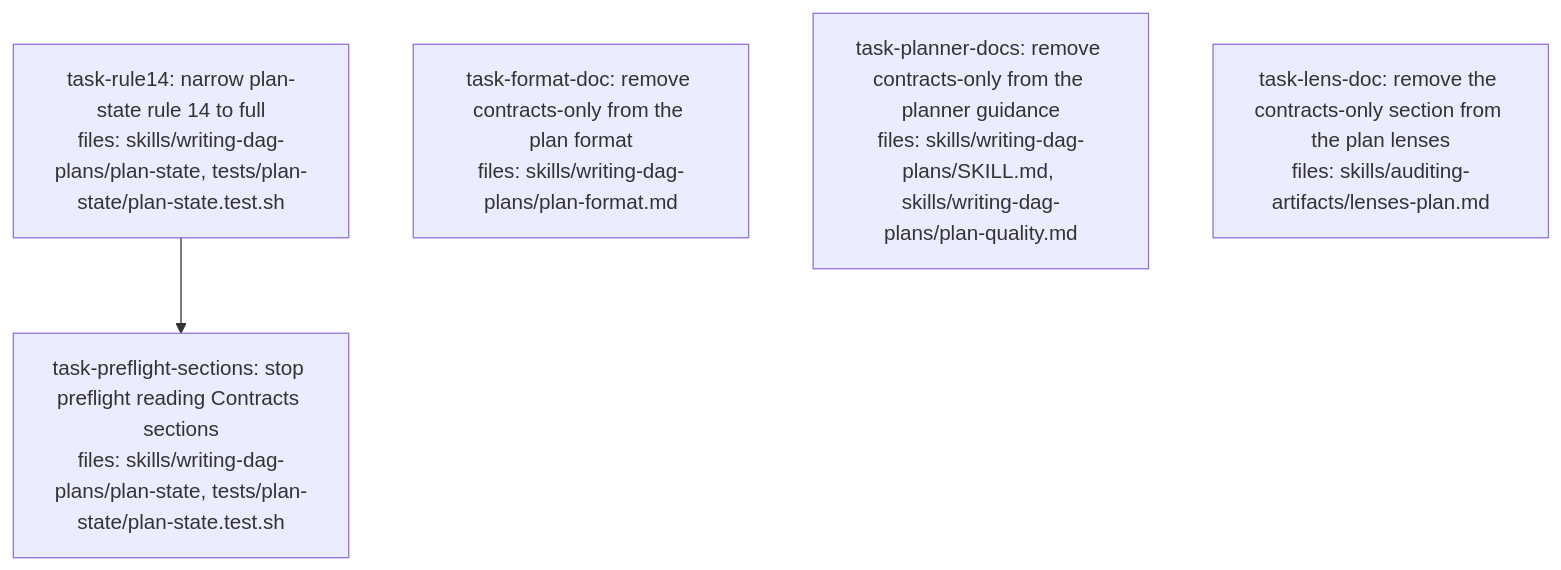
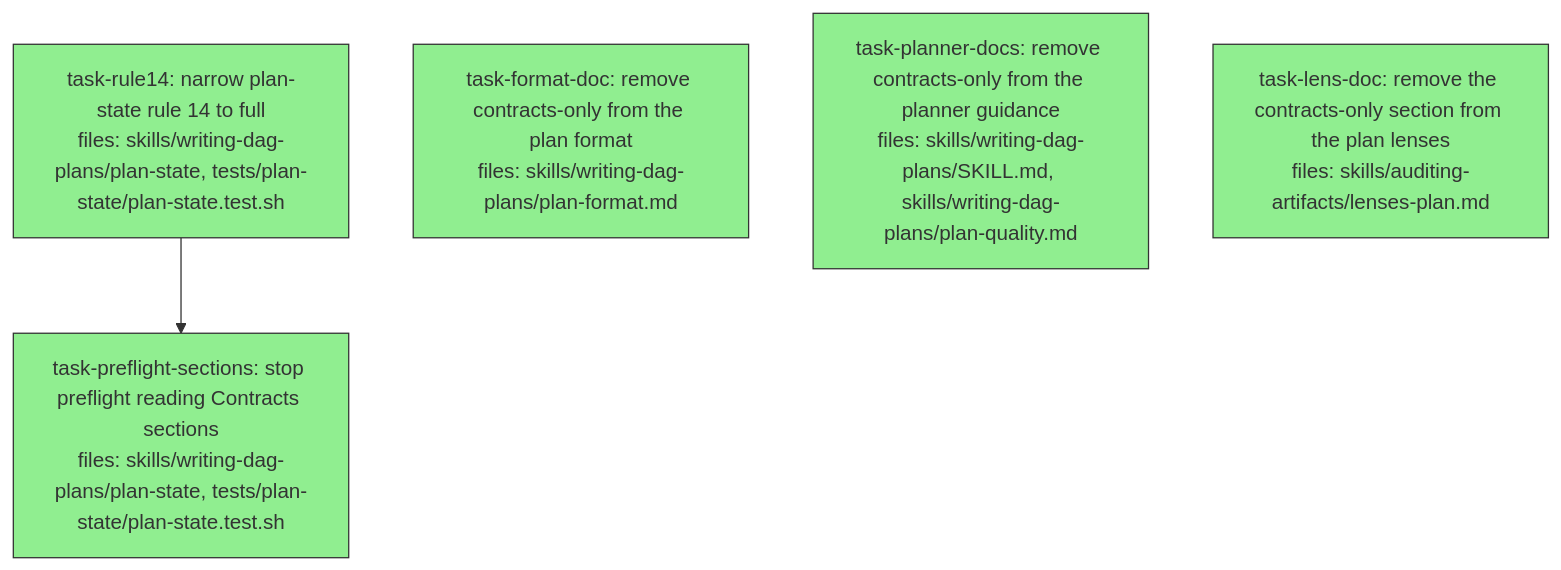
Before and after one commit to BrettNye/parallel-dag-execution: the diagram in docs/superpowers/plans/2026-11-20-remove-contracts-only.md, drawn with Mermaid. The commit also changed other lines of this file, not shown here.

First line of the commit message:
chore(plan): record the contracts-only removal as done

````diff
--- a/docs/superpowers/plans/2026-11-20-remove-contracts-only.md
+++ b/docs/superpowers/plans/2026-11-20-remove-contracts-only.md
@@ -8,15 +8,15 @@
 ```mermaid
 flowchart TD
-    task-rule14["task-rule14: narrow plan-state rule 14 to full<br/>files: skills/writing-dag-plans/plan-state, tests/plan-state/plan-state.test.sh"]
-    task-preflight-sections["task-preflight-sections: stop preflight reading Contracts sections<br/>files: skills/writing-dag-plans/plan-state, tests/plan-state/plan-state.test.sh"]
-    task-format-doc["task-format-doc: remove contracts-only from the plan format<br/>files: skills/writing-dag-plans/plan-format.md"]
-    task-planner-docs["task-planner-docs: remove contracts-only from the planner guidance<br/>files: skills/writing-dag-plans/SKILL.md, skills/writing-dag-plans/plan-quality.md"]
-    task-lens-doc["task-lens-doc: remove the contracts-only section from the plan lenses<br/>files: skills/auditing-artifacts/lenses-plan.md"]
+    task-rule14["task-rule14: narrow plan-state rule 14 to full<br/>files: skills/writing-dag-plans/plan-state, tests/plan-state/plan-state.test.sh"]:::done
+    task-preflight-sections["task-preflight-sections: stop preflight reading Contracts sections<br/>files: skills/writing-dag-plans/plan-state, tests/plan-state/plan-state.test.sh"]:::done
+    task-format-doc["task-format-doc: remove contracts-only from the plan format<br/>files: skills/writing-dag-plans/plan-format.md"]:::done
+    task-planner-docs["task-planner-docs: remove contracts-only from the planner guidance<br/>files: skills/writing-dag-plans/SKILL.md, skills/writing-dag-plans/plan-quality.md"]:::done
+    task-lens-doc["task-lens-doc: remove the contracts-only section from the plan lenses<br/>files: skills/auditing-artifacts/lenses-plan.md"]:::done
     task-rule14 --> task-preflight-sections
 
     classDef done fill:#90ee90,stroke:#333
     classDef running fill:#87ceeb,stroke:#333
     classDef ready fill:#fffacd,stroke:#333
     classDef failed fill:#ffb6c1,stroke:#333
     classDef skipped fill:#d3d3d3,stroke:#333,stroke-dasharray: 5 5
 ```
````
